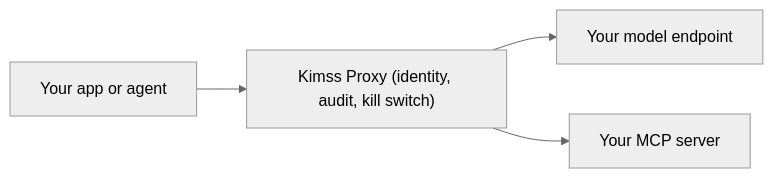
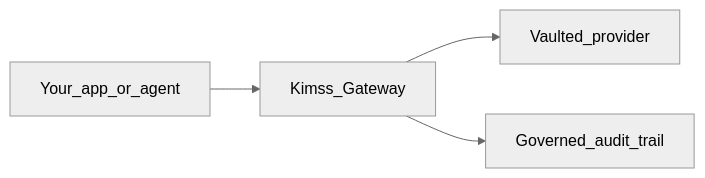
One commit to eyal81/kimss-python-sdk changed the diagram in README.md. Above: the diagram before and after it, drawn with Mermaid (neutral theme). The commit also changed other lines of this file and 19 other files, not shown here.

First line of the commit message:
Reposition public SDKs around OpenAI gateway proxy and A2A discovery.

````diff
--- a/README.md
+++ b/README.md
@@ -39,6 +47,6 @@
 ```mermaid
 flowchart LR
-  App[Your app or agent] --> Proxy["Kimss Proxy (identity, audit, kill switch)"]
-  Proxy --> Model[Your model endpoint]
-  Proxy --> Mcp[Your MCP server]
+  App[Your_app_or_agent] --> GW["Kimss_Gateway"]
+  GW --> Model[Vaulted_provider]
+  GW --> Trail[Governed_audit_trail]
 ```
````
